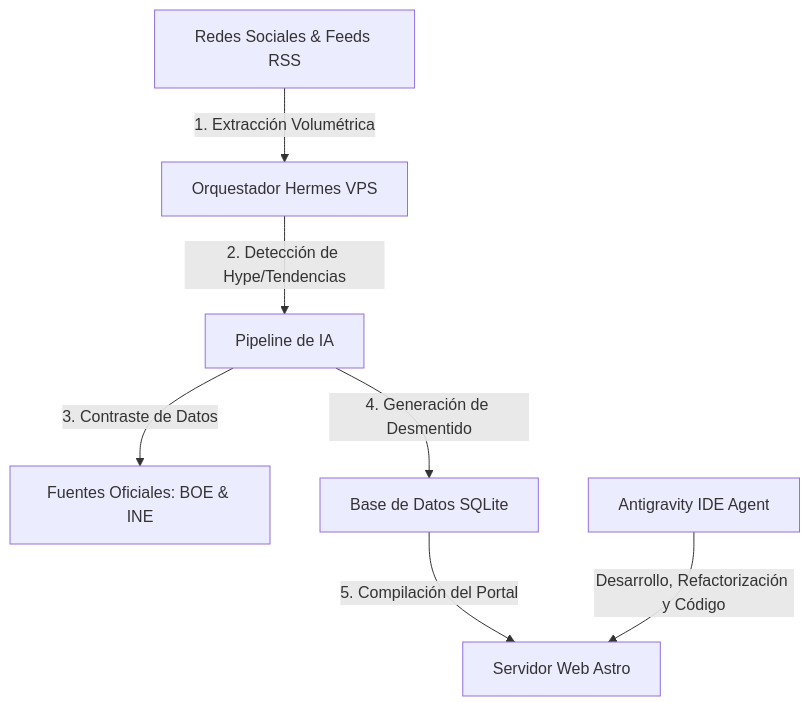
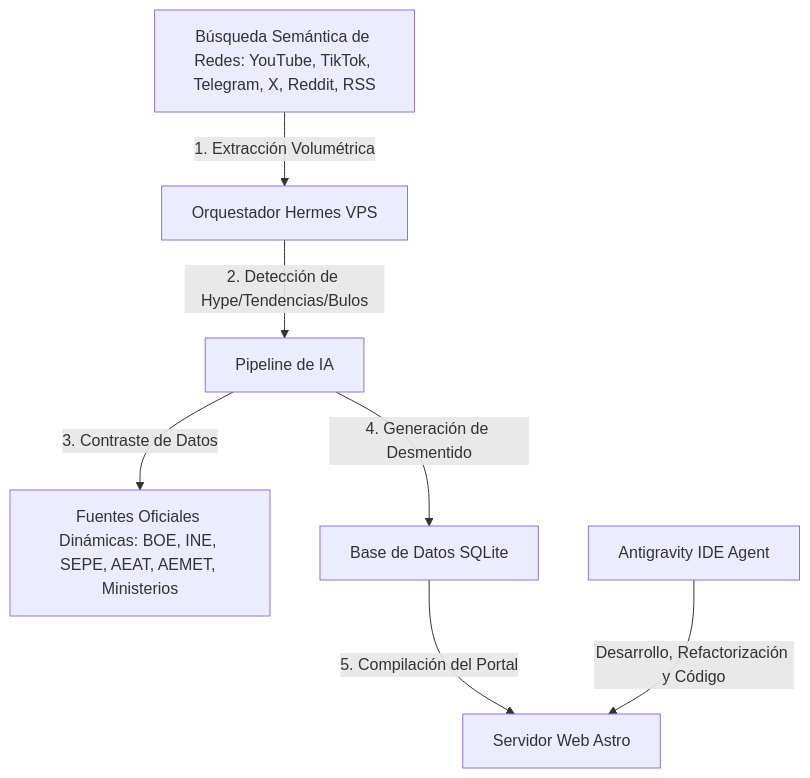
One commit to usajosefernan-cmd/newnews changed the diagram in README.md. Above: the diagram before and after it, drawn with Mermaid. The commit also changed other lines of this file and 45 other files, not shown here.

````diff
--- a/README.md
+++ b/README.md
@@ -12,9 +12,9 @@
 ```mermaid
 graph TD
-    A[Redes Sociales & Feeds RSS] -->|1. Extracción Volumétrica| B[Orquestador Hermes VPS]
-    B -->|2. Detección de Hype/Tendencias| C[Pipeline de IA]
-    C -->|3. Contraste de Datos| D[Fuentes Oficiales: BOE & INE]
+    A[Búsqueda Semántica de Redes: YouTube, TikTok, Telegram, X, Reddit, RSS] -->|1. Extracción Volumétrica| B[Orquestador Hermes VPS]
+    B -->|2. Detección de Hype/Tendencias/Bulos| C[Pipeline de IA]
+    C -->|3. Contraste de Datos| D[Fuentes Oficiales Dinámicas: BOE, INE, SEPE, AEAT, AEMET, Ministerios]
     C -->|4. Generación de Desmentido| E[Base de Datos SQLite]
     E -->|5. Compilación del Portal| F[Servidor Web Astro]
     G[Antigravity IDE Agent] -->|Desarrollo, Refactorización y Código| F
 ```
````
